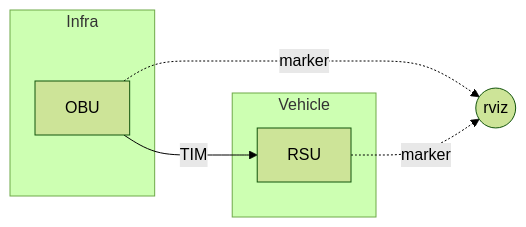
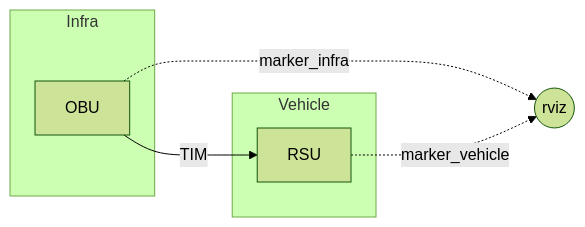
One commit to TypingCat/tim changed the diagram in README.md. Above: the diagram before and after it, drawn with Mermaid (forest theme). The commit also changed 2 other files, not shown here.

Commit message:
Visualize objects using rviz

````diff
--- a/README.md
+++ b/README.md
@@ -5,13 +5,14 @@
 ``` mermaid
 graph LR
 subgraph Infra
     OBU
 end
 subgraph Vehicle
     RSU
 end
 OBU -->|TIM| RSU
 
 rviz((rviz))
-OBU & RSU -.->|marker| rviz
+OBU -.->|marker_infra| rviz
+RSU -.->|marker_vehicle| rviz
 ```
````
